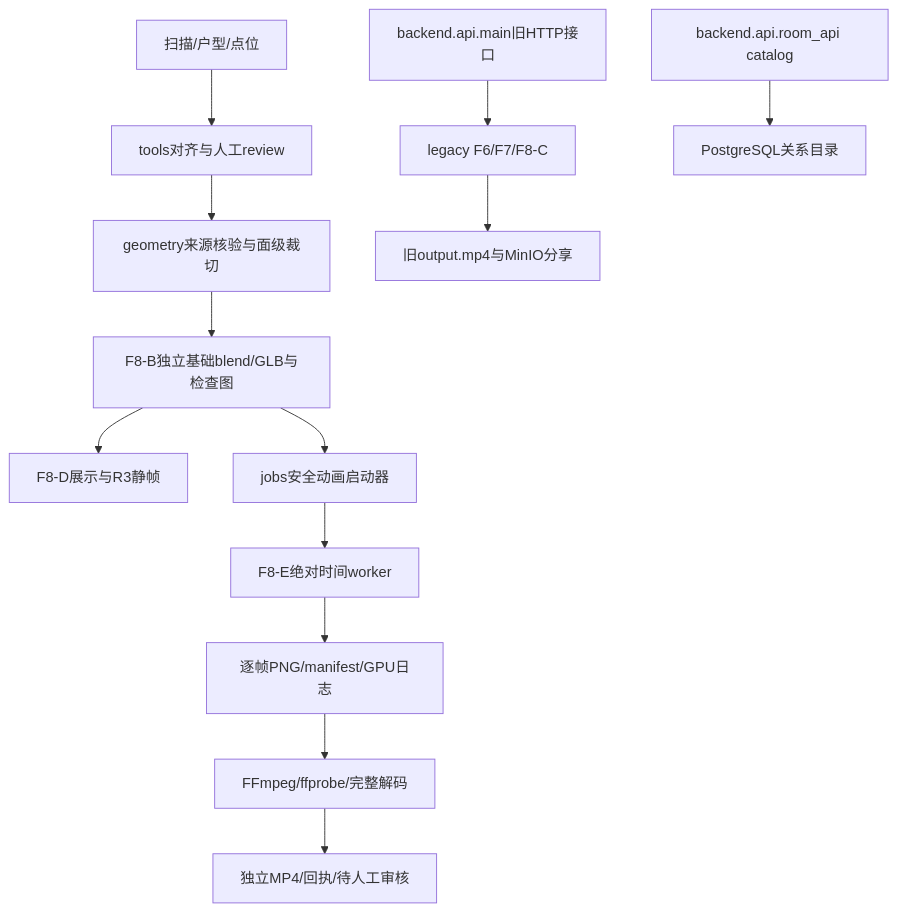
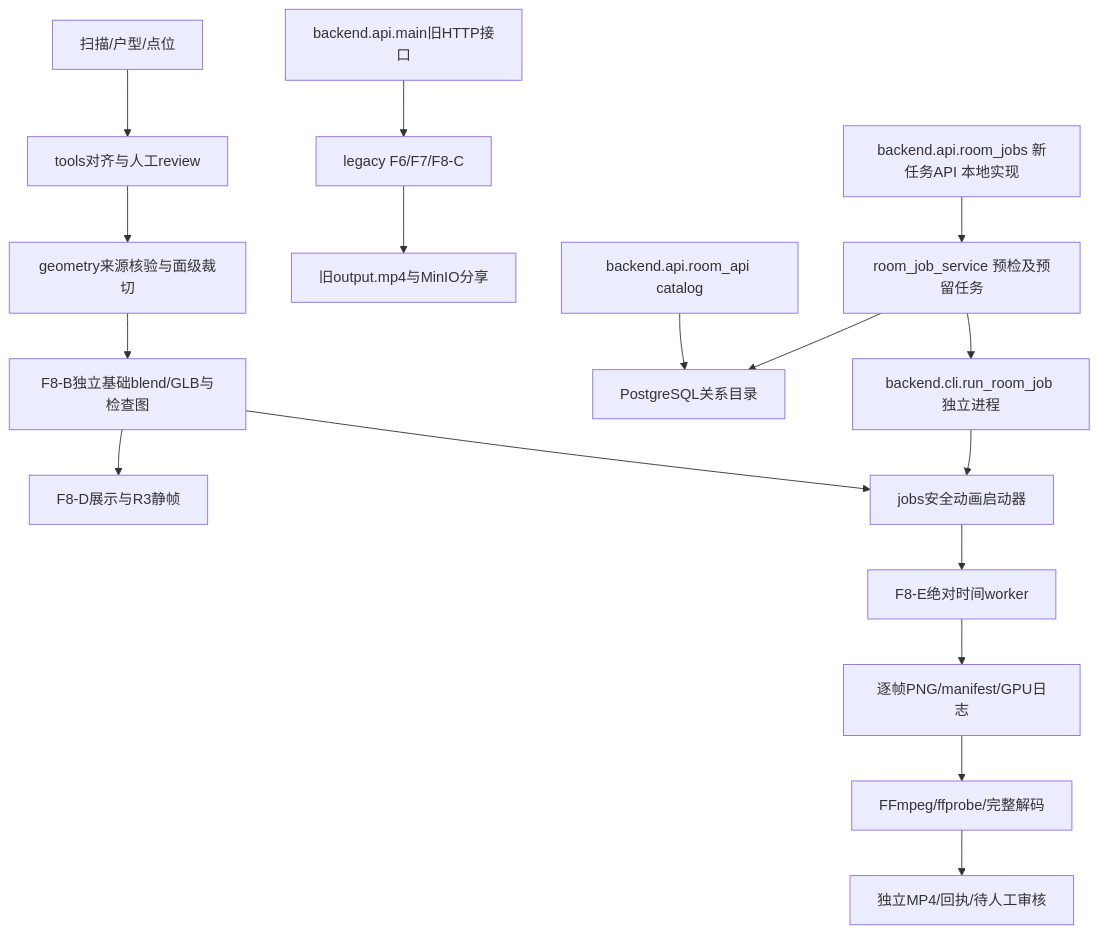
One commit to jiayi0329/burnroomvideo_byblender changed the diagram in docs/ARCHITECTURE.md. Above: the diagram before and after it, drawn with Mermaid. The commit also changed other lines of this file and 21 other files, not shown here.

````diff
--- a/docs/ARCHITECTURE.md
+++ b/docs/ARCHITECTURE.md
@@ -13,15 +13,19 @@
 ```mermaid
 flowchart TD
     A[扫描/户型/点位] --> B[tools对齐与人工review]
     B --> C[geometry来源核验与面级裁切]
     C --> D[F8-B独立基础blend/GLB与检查图]
     D --> E[F8-D展示与R3静帧]
     D --> F[jobs安全动画启动器]
     F --> G[F8-E绝对时间worker]
     G --> H[逐帧PNG/manifest/GPU日志]
     H --> I[FFmpeg/ffprobe/完整解码]
     I --> J[独立MP4/回执/待人工审核]
     K[backend.api.main旧HTTP接口] --> L[legacy F6/F7/F8-C]
     L --> M[旧output.mp4与MinIO分享]
     N[backend.api.room_api catalog] --> O[PostgreSQL关系目录]
+    P[backend.api.room_jobs 新任务API 本地实现] --> Q[room_job_service 预检及预留任务]
+    Q --> R[backend.cli.run_room_job 独立进程]
+    R --> F
+    Q --> O
 ```
````
